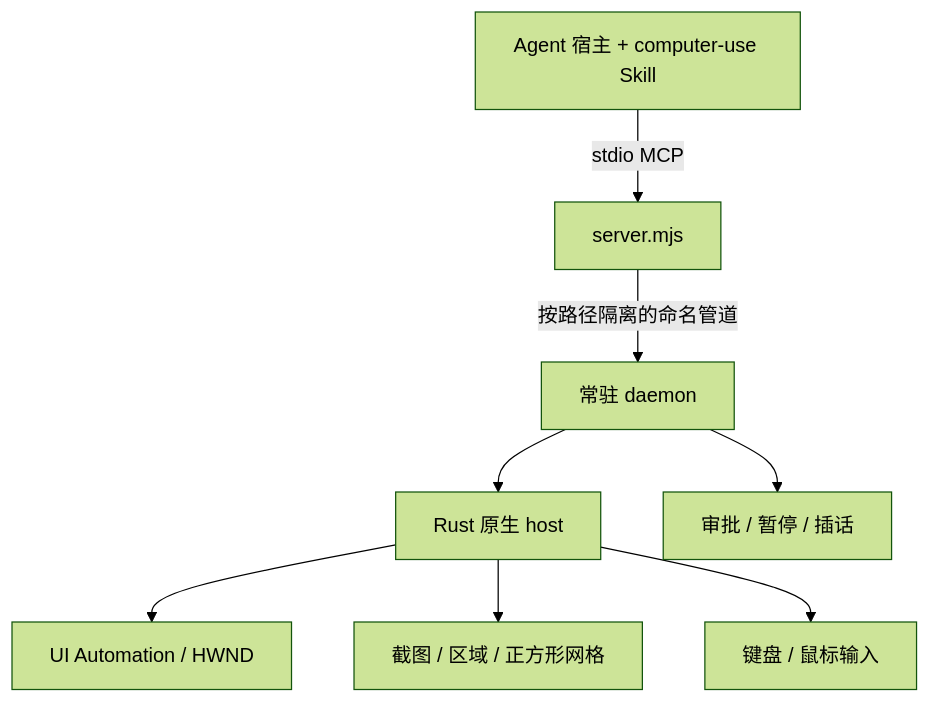
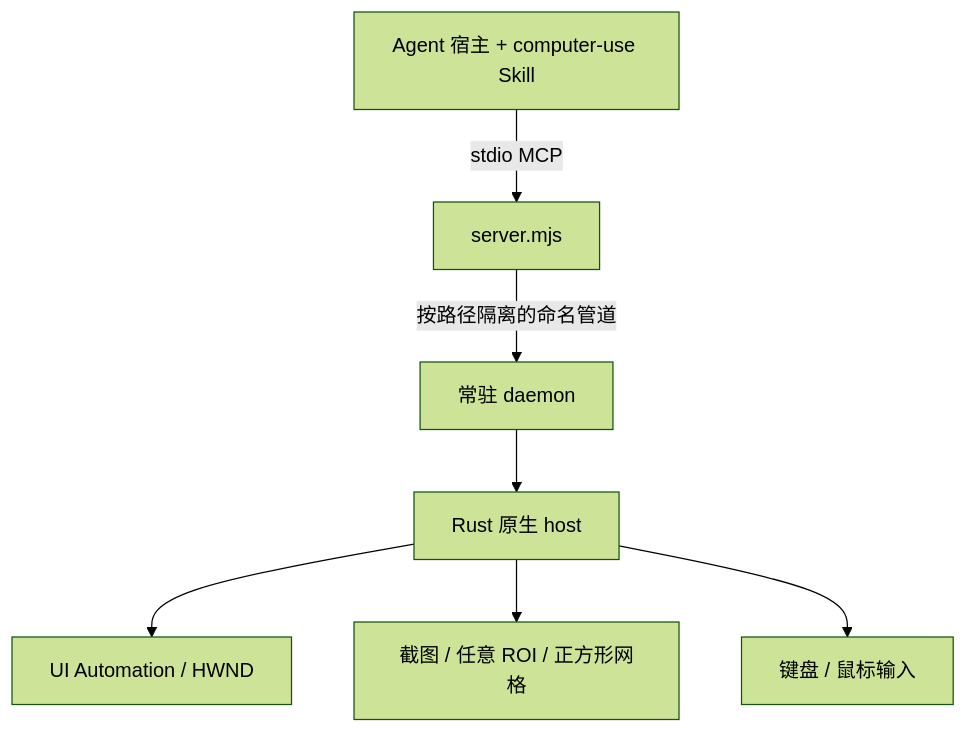
The diagram in README_zh.md (Guojiz/FastCUA), drawn with Mermaid (forest theme) before and after one commit. The commit also changed other lines of this file, not shown here.

Commit message:
docs: clarify agent-defined ROI and remove retired human controls

````diff
--- a/README_zh.md
+++ b/README_zh.md
@@ -290,10 +307,9 @@
 ```mermaid
 flowchart TB
   A["Agent 宿主 + computer-use Skill"] -->|"stdio MCP"| B["server.mjs"]
   B -->|"按路径隔离的命名管道"| C["常驻 daemon"]
   C --> D["Rust 原生 host"]
   D --> E["UI Automation / HWND"]
-  D --> F["截图 / 区域 / 正方形网格"]
+  D --> F["截图 / 任意 ROI / 正方形网格"]
   D --> G["键盘 / 鼠标输入"]
-  C --> H["审批 / 暂停 / 插话"]
 ```
````
